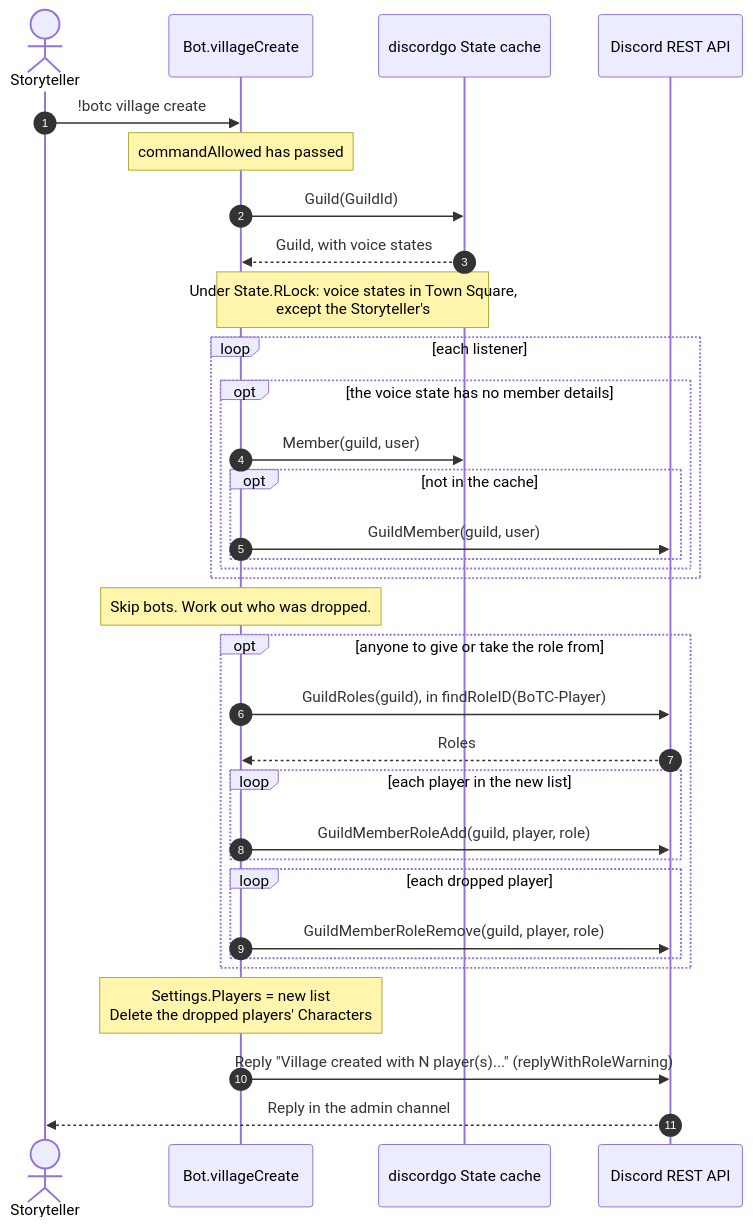
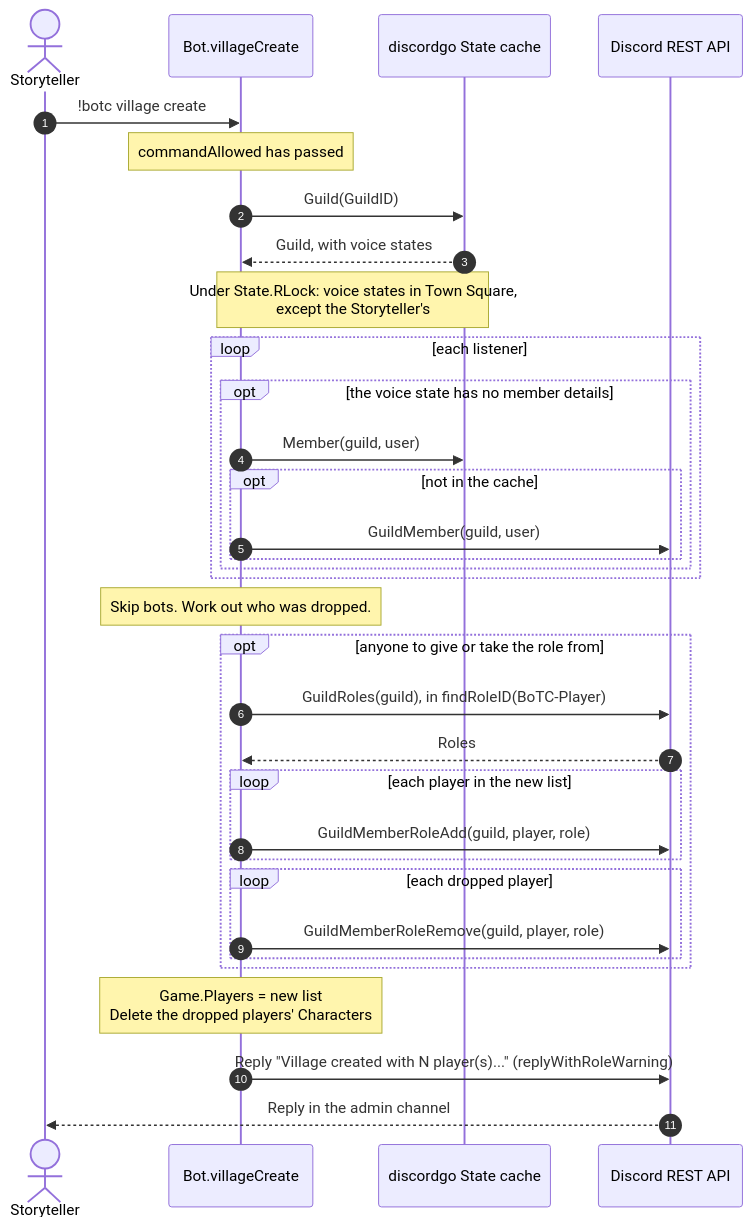
One commit to RAGNOARAKNOS/BotOnTheClocktower changed the third of 5 diagrams in docs/uml/village.md. Above: the diagram before and after it, drawn with Mermaid. The commit also changed other lines of this file and 13 other files, not shown here.

````diff
--- a/docs/uml/village.md
+++ b/docs/uml/village.md
@@ -54,36 +54,36 @@
 ```mermaid
 sequenceDiagram
     autonumber
     actor ST as Storyteller
     participant Bot as Bot.villageCreate
     participant State as discordgo State cache
     participant REST as Discord REST API
 
     ST->>Bot: !botc village create
     Note over Bot: commandAllowed has passed
-    Bot->>State: Guild(GuildId)
+    Bot->>State: Guild(GuildID)
     State-->>Bot: Guild, with voice states
     Note over Bot,State: Under State.RLock: voice states in Town Square,<br/>except the Storyteller's
     loop each listener
         opt the voice state has no member details
             Bot->>State: Member(guild, user)
             opt not in the cache
                 Bot->>REST: GuildMember(guild, user)
             end
         end
     end
     Note over Bot: Skip bots. Work out who was dropped.
     opt anyone to give or take the role from
         Bot->>REST: GuildRoles(guild), in findRoleID(BoTC-Player)
         REST-->>Bot: Roles
         loop each player in the new list
             Bot->>REST: GuildMemberRoleAdd(guild, player, role)
         end
         loop each dropped player
             Bot->>REST: GuildMemberRoleRemove(guild, player, role)
         end
     end
-    Note over Bot: Settings.Players = new list<br/>Delete the dropped players' Characters
+    Note over Bot: Game.Players = new list<br/>Delete the dropped players' Characters
     Bot->>REST: Reply "Village created with N player(s)..." (replyWithRoleWarning)
     REST-->>ST: Reply in the admin channel
 ```
````
